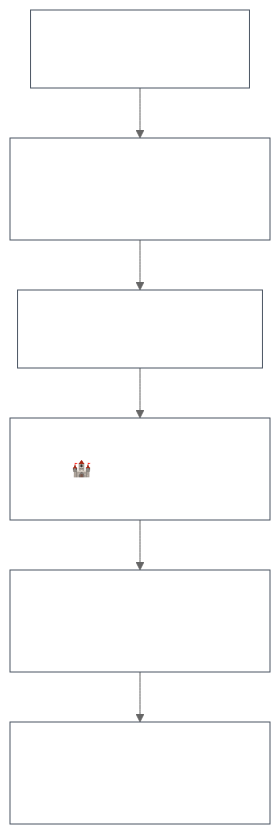
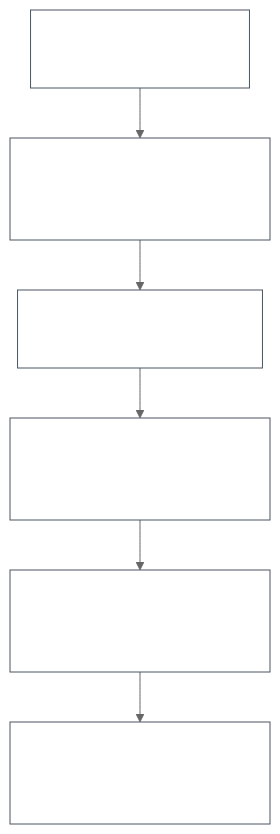
One commit to smallthinkingmachines/harombe changed the diagram in ARCHITECTURE.md. Above: the diagram before and after it, drawn with Mermaid. The commit also changed other lines of this file and 1 other file, not shown here.

First line of the commit message:
docs: rename 'Sitadèl (Security)' to 'Security' for consistency

````diff
--- a/ARCHITECTURE.md
+++ b/ARCHITECTURE.md
@@ -25,16 +25,16 @@
 ```mermaid
 %%{init: {'theme': 'base', 'themeVariables': {'primaryColor': '#1f2937', 'primaryTextColor': '#ffffff', 'primaryBorderColor': '#4b5563', 'lineColor': '#666666', 'secondaryColor': '#374151', 'tertiaryColor': '#1f2937', 'edgeLabelBackground': 'transparent', 'clusterBkg': 'transparent', 'clusterBorder': '#4b5563', 'mainBkg': 'transparent', 'background': 'transparent', 'nodeBorder': '#4b5563', 'nodeTextColor': '#ffffff'}}}%%
 flowchart TB
     L6["Layer 6: Clients<br/>Voice • iOS • Web • CLI"]
     L5["Layer 5: Privacy Router<br/>Local/Cloud Boundary • PII Detection"]
     L4["Layer 4: Agent & Memory<br/>ReAct Loop • Tools • State"]
-    L3["Layer 3: Sitadèl (Security)<br/>🏰 MCP Gateway • Container Isolation • Audit"]
+    L3["Layer 3: Security<br/>MCP Gateway • Container Isolation • Audit"]
     L2["Layer 2: Coordination<br/>Cluster • Router • Health • Metrics"]
     L1["Layer 1: Runtimes<br/>llama.cpp • Whisper • TTS • Embeddings"]
 
     L6 --> L5
     L5 --> L4
     L4 --> L3
     L3 --> L2
     L2 --> L1
 ```
````
